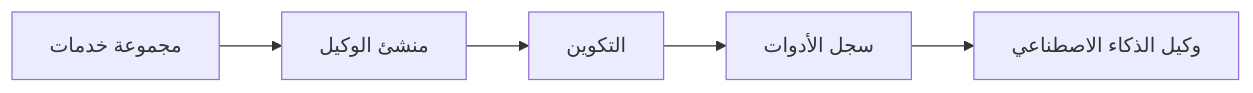
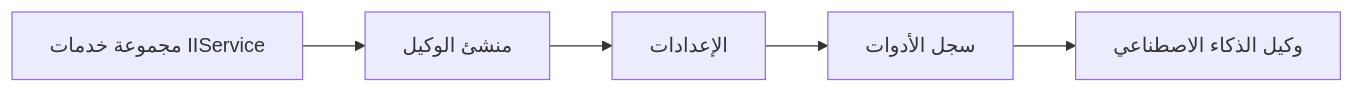
The diagram in translations/ar/03-agentic-design-patterns/code_samples/03-dotnet-agent-framework.md (venturemavenwill/azureaifundamentals), drawn with Mermaid before and after one commit. The commit also changed other lines of this file and 2002 other files, not shown here.

````diff
--- a/translations/ar/03-agentic-design-patterns/code_samples/03-dotnet-agent-framework.md
+++ b/translations/ar/03-agentic-design-patterns/code_samples/03-dotnet-agent-framework.md
@@ -41,7 +41,7 @@
 ```mermaid
 graph LR
-    A[مجموعة خدمات] --> B[منشئ الوكيل]
-    B --> C[التكوين]
+    A[مجموعة خدمات IIService] --> B[منشئ الوكيل]
+    B --> C[الإعدادات]
     C --> D[سجل الأدوات]
     D --> E[وكيل الذكاء الاصطناعي]
 ```
````
